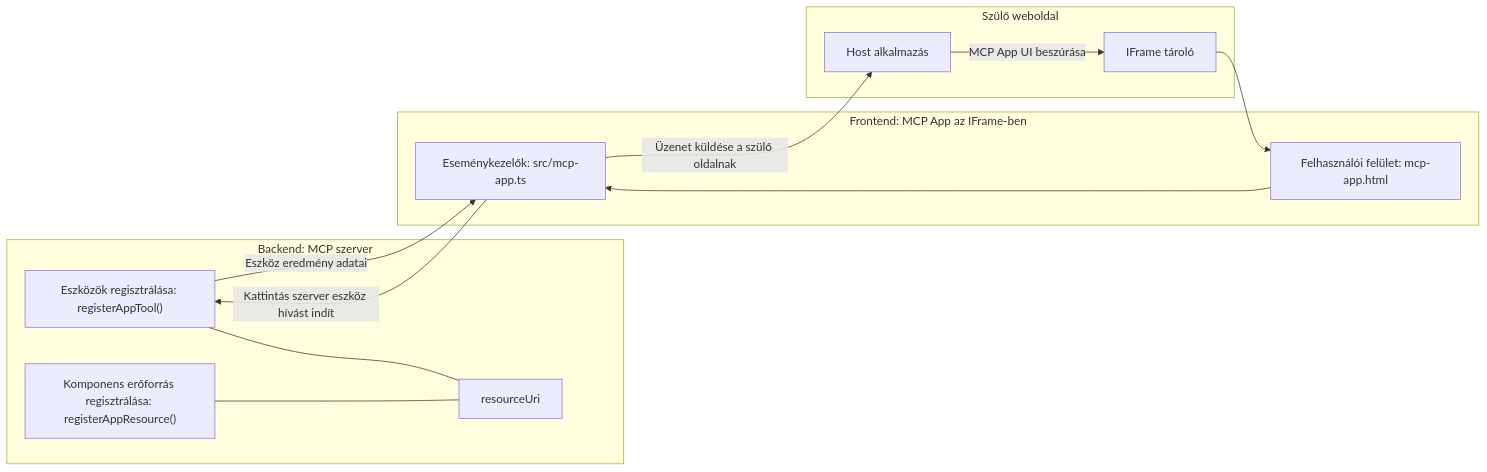
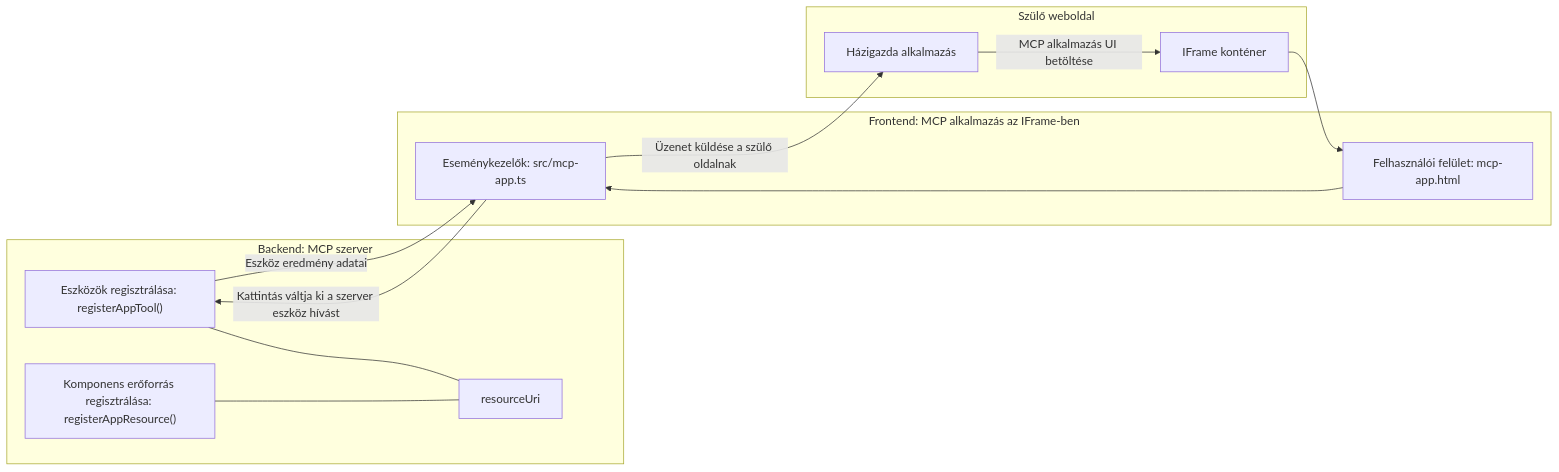
One commit to HIDORAKAI002/ai-workspace-archive changed the diagram in mcp_ecosystem__model_context_protocol/mcp_learning_resources/mcp-for-beginners/translations/hu/03-GettingStarted/15-mcp-apps/README.md. Above: the diagram before and after it, drawn with Mermaid. The commit also changed other lines of this file and 1160 other files, not shown here.

````diff
--- a/mcp_ecosystem__model_context_protocol/mcp_learning_resources/mcp-for-beginners/translations/hu/03-GettingStarted/15-mcp-apps/README.md
+++ b/mcp_ecosystem__model_context_protocol/mcp_learning_resources/mcp-for-beginners/translations/hu/03-GettingStarted/15-mcp-apps/README.md
@@ -32,27 +32,27 @@
 ```mermaid
 flowchart LR
   subgraph Backend[Backend: MCP szerver]
     T["Eszközök regisztrálása: registerAppTool()"]
     C["Komponens erőforrás regisztrálása: registerAppResource()"]
     U[resourceUri]
     T --- U
     C --- U
   end
 
   subgraph Parent[Szülő weboldal]
-    H[Host alkalmazás]
-    IFRAME[IFrame tároló]
-    H -->|MCP App UI beszúrása| IFRAME
+    H[Házigazda alkalmazás]
+    IFRAME[IFrame konténer]
+    H -->|MCP alkalmazás UI betöltése| IFRAME
   end
 
-  subgraph Frontend[Frontend: MCP App az IFrame-ben]
+  subgraph Frontend[Frontend: MCP alkalmazás az IFrame-ben]
     UI["Felhasználói felület: mcp-app.html"]
     EH["Eseménykezelők: src/mcp-app.ts"]
     UI --> EH
   end
 
   IFRAME --> UI
-  EH -->|Kattintás szerver eszköz hívást indít| T
+  EH -->|Kattintás váltja ki a szerver eszköz hívást| T
   T -->|Eszköz eredmény adatai| EH
   EH -->|Üzenet küldése a szülő oldalnak| H
 ```
````
